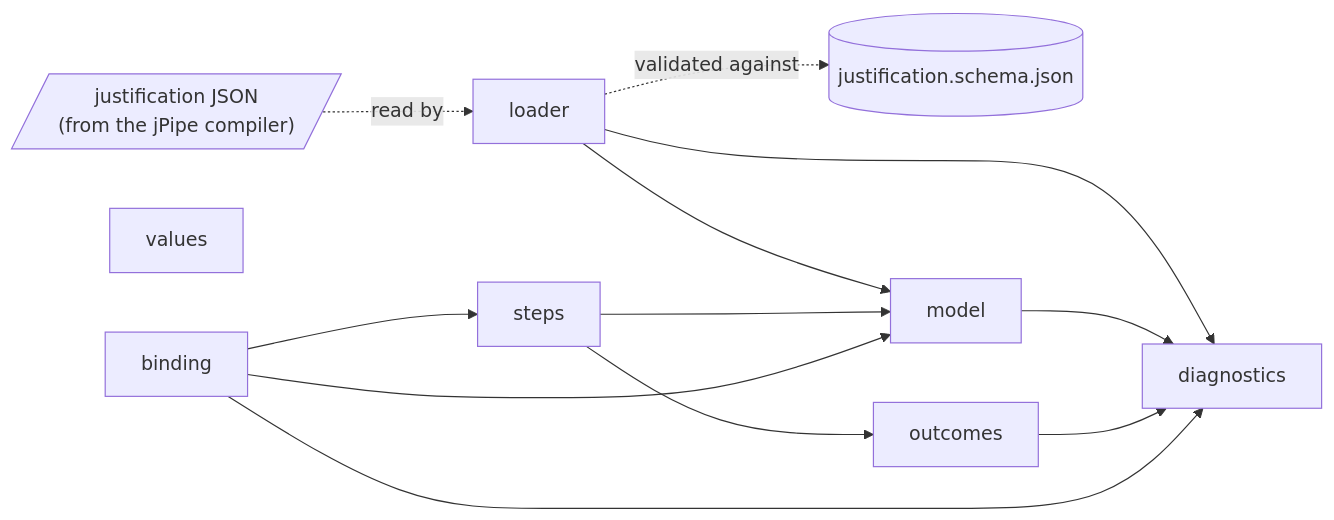
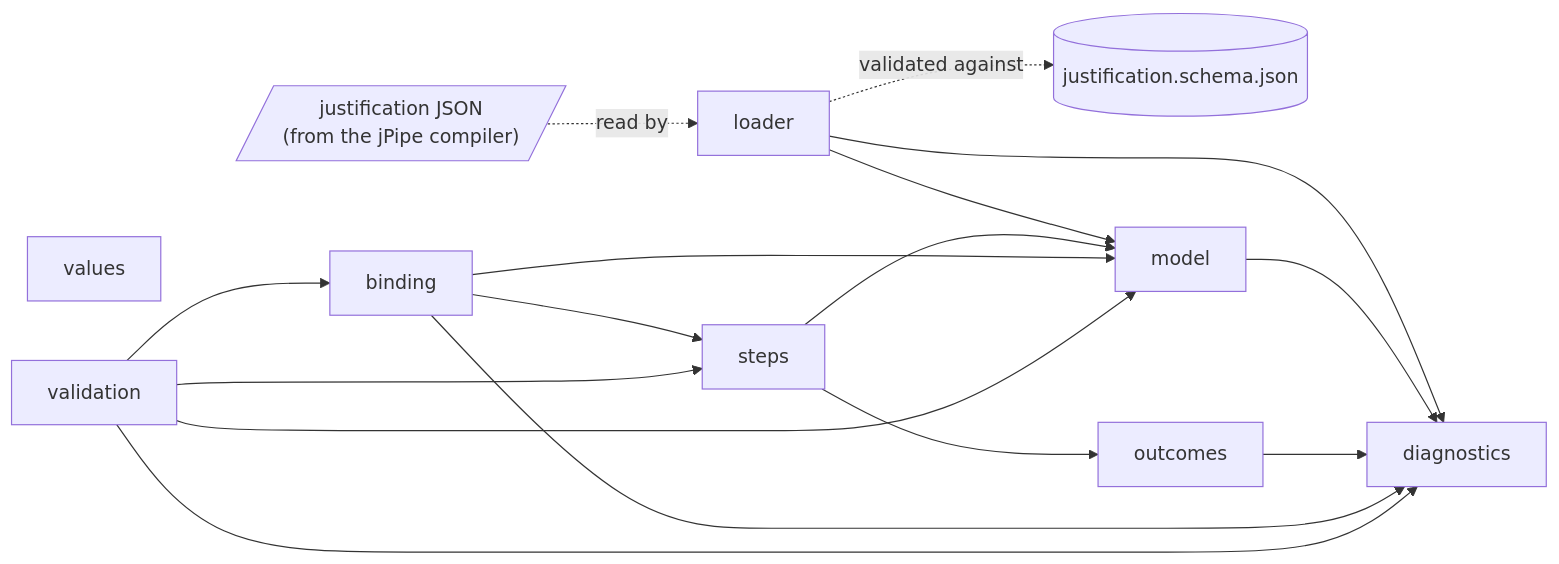
The first of 2 diagrams in docs/design.md (jpipe-mcscert/jpipe-runner), drawn with Mermaid before and after one commit. The commit also changed other lines of this file and 12 other files, not shown here.

````diff
--- a/docs/design.md
+++ b/docs/design.md
@@ -8,18 +8,22 @@
 ```mermaid
 flowchart LR
     json[/"justification JSON<br>(from the jPipe compiler)"/]
     schema[("justification.schema.json")]
 
     json -.->|read by| loader
     loader -.->|validated against| schema
     loader --> model
     loader --> diagnostics
     model --> diagnostics
     outcomes --> diagnostics
     steps --> model
     steps --> outcomes
     values[values]
     binding --> model
     binding --> steps
     binding --> diagnostics
+    validation --> binding
+    validation --> model
+    validation --> steps
+    validation --> diagnostics
 ```
````
